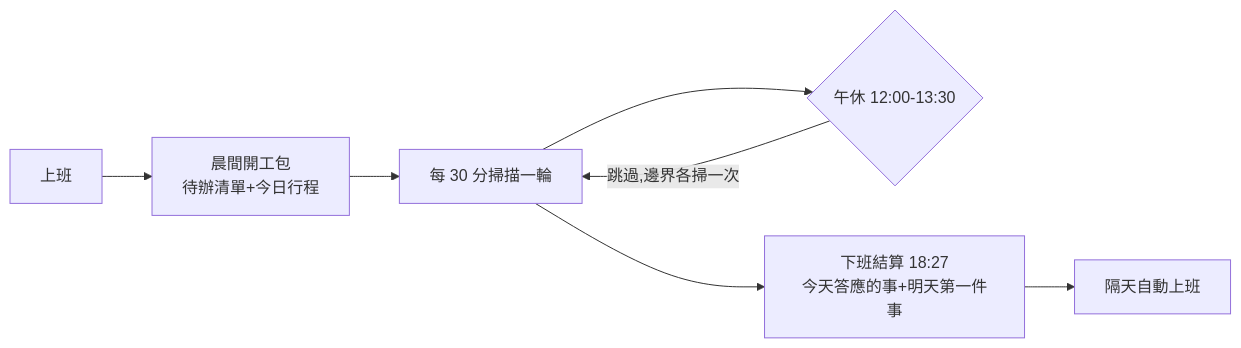
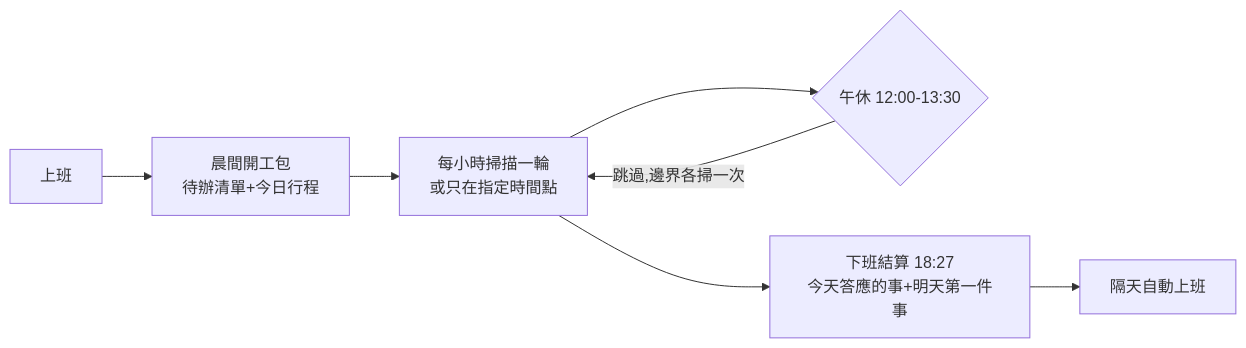
Before and after one commit to TimDaChung/secretary-kit: the first of 2 diagrams in 功能說明.md, drawn with Mermaid. The commit also changed other lines of this file and 3 other files, not shown here.

````diff
--- a/功能說明.md
+++ b/功能說明.md
@@ -9,9 +9,9 @@
 ```mermaid
 flowchart LR
     A[上班] --> B[晨間開工包<br>待辦清單+今日行程]
-    B --> C[每 30 分掃描一輪]
+    B --> C[每小時掃描一輪<br>或只在指定時間點]
     C --> D{午休 12:00-13:30}
     D -->|跳過,邊界各掃一次| C
     C --> E[下班結算 18:27<br>今天答應的事+明天第一件事]
     E --> F[隔天自動上班]
 ```
````
